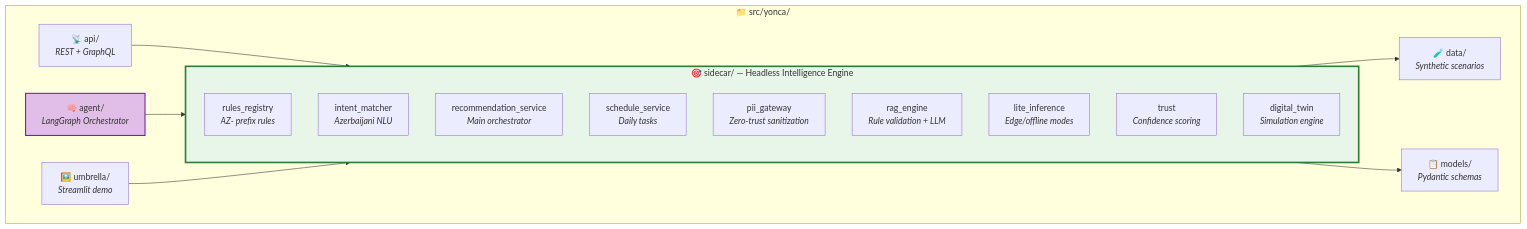
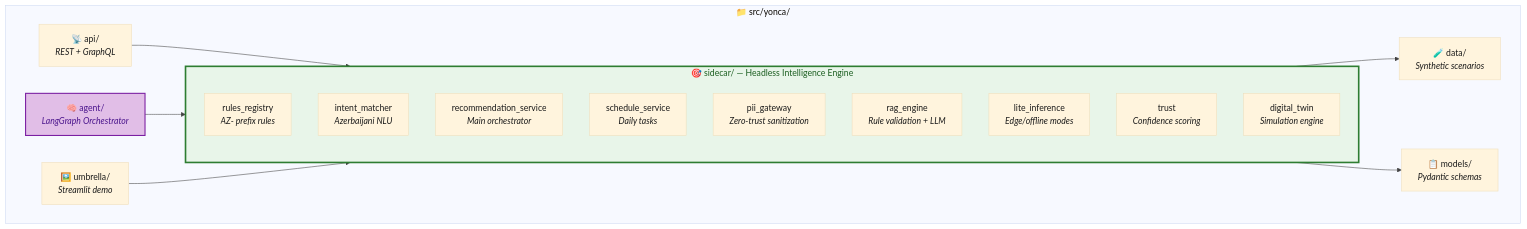
One commit to Px8Studio/yonja changed the sixth of 8 diagrams in docs/zekalab/01-MANIFESTO.md. Above: the diagram before and after it, drawn with Mermaid. The commit also changed other lines of this file and 2 other files, not shown here.

Commit message:
Refine styling in architecture diagrams for improved clarity and consistency

````diff
--- a/docs/zekalab/01-MANIFESTO.md
+++ b/docs/zekalab/01-MANIFESTO.md
@@ -187,31 +191,32 @@
 ```mermaid
+%%{init: {'theme': 'base', 'themeVariables': { 'primaryTextColor': '#1a1a1a', 'lineColor': '#424242'}}}%%
 graph TB
     subgraph src["📁 src/yonca/"]
         subgraph sidecar["🎯 sidecar/ — Headless Intelligence Engine"]
             rules["rules_registry<br/><i>AZ- prefix rules</i>"]
             intent["intent_matcher<br/><i>Azerbaijani NLU</i>"]
             rec["recommendation_service<br/><i>Main orchestrator</i>"]
             schedule["schedule_service<br/><i>Daily tasks</i>"]
             pii["pii_gateway<br/><i>Zero-trust sanitization</i>"]
             rag["rag_engine<br/><i>Rule validation + LLM</i>"]
             lite["lite_inference<br/><i>Edge/offline modes</i>"]
             trust["trust<br/><i>Confidence scoring</i>"]
             twin["digital_twin<br/><i>Simulation engine</i>"]
         end
         
         api["📡 api/<br/><i>REST + GraphQL</i>"]
         agent["🧠 agent/<br/><i>LangGraph Orchestrator</i>"]
         data["🧪 data/<br/><i>Synthetic scenarios</i>"]
         models["📋 models/<br/><i>Pydantic schemas</i>"]
         umbrella["🖼️ umbrella/<br/><i>Streamlit demo</i>"]
     end
     
     api --> sidecar
     agent --> sidecar
     umbrella --> sidecar
     sidecar --> data
     sidecar --> models
     
-    style sidecar fill:#e8f5e9,stroke:#2e7d32,stroke-width:3px
-    style agent fill:#e1bee7,stroke:#7b1fa2,stroke-width:2px
+    style sidecar fill:#e8f5e9,stroke:#2e7d32,stroke-width:3px,color:#1b5e20
+    style agent fill:#e1bee7,stroke:#7b1fa2,stroke-width:2px,color:#4a148c
 ```
````
